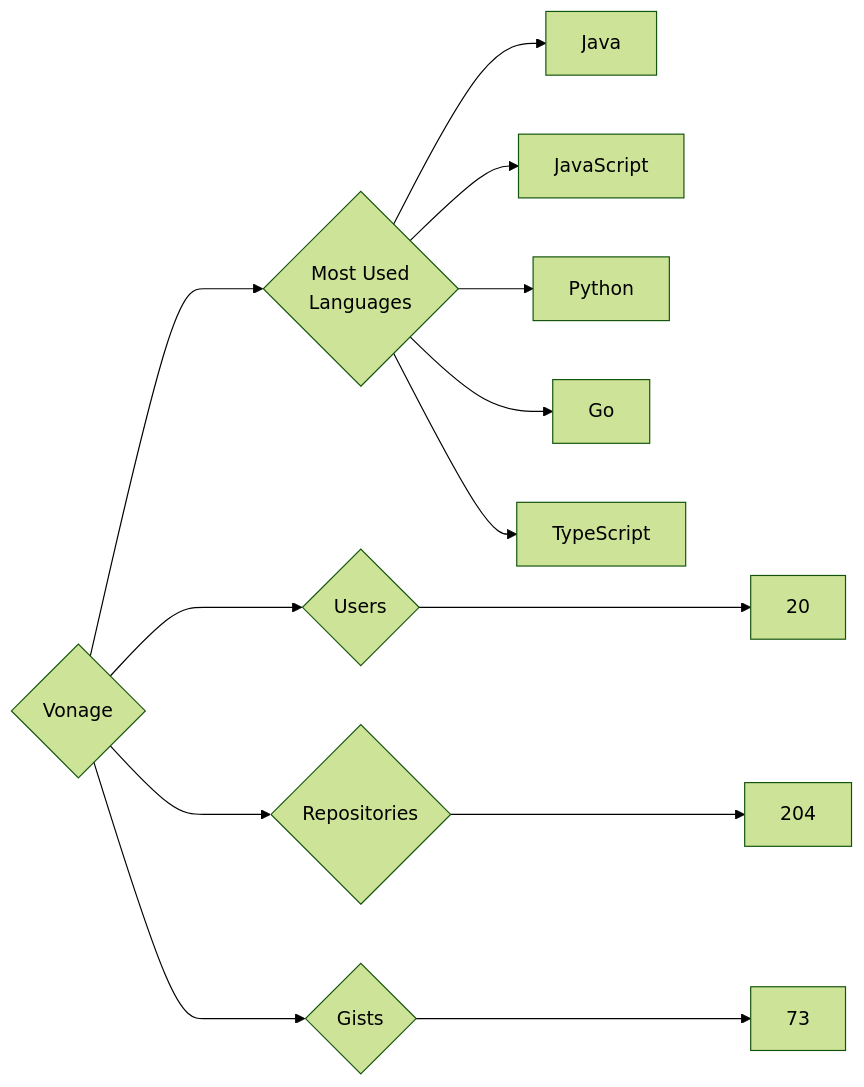
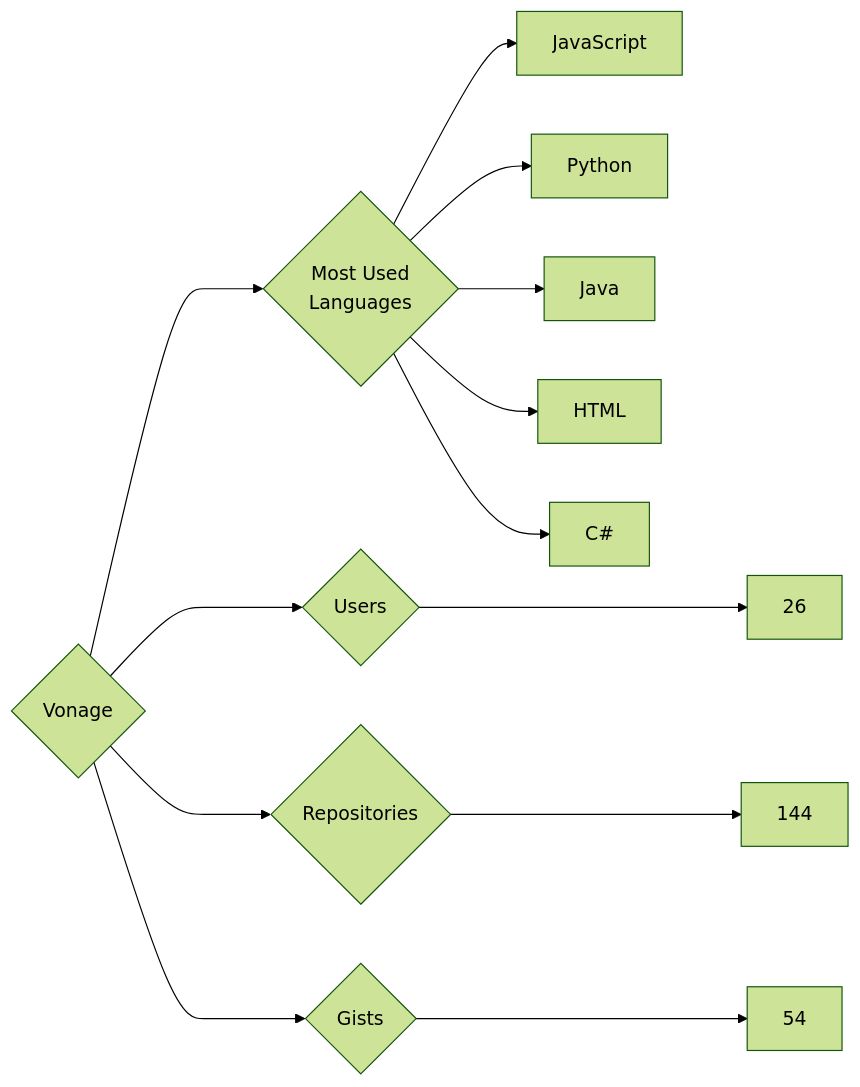
The diagram in targets/Vonage/README.md (trickest/insiders), drawn with Mermaid (forest theme) before and after one commit. The commit also changed 955 other files, not shown here.

````diff
--- a/targets/Vonage/README.md
+++ b/targets/Vonage/README.md
@@ -3,13 +3,13 @@
 ```mermaid
 graph LR
 COMPANY_NAME{Vonage}
-COMPANY_NAME ---> U{Users} ---> UN[20]
-COMPANY_NAME ---> R{Repositories} ---> RN[204]
-COMPANY_NAME ---> G{Gists} ---> GN[73]
+COMPANY_NAME ---> U{Users} ---> UN[26]
+COMPANY_NAME ---> R{Repositories} ---> RN[144]
+COMPANY_NAME ---> G{Gists} ---> GN[54]
 COMPANY_NAME ---> ML{Most Used<br>Languages}
-ML --> Java[Java]
 ML --> JavaScript[JavaScript]
 ML --> Python[Python]
-ML --> Go[Go]
-ML --> TypeScript[TypeScript]
+ML --> Java[Java]
+ML --> HTML[HTML]
+ML --> C#[C#]
 ```
````
